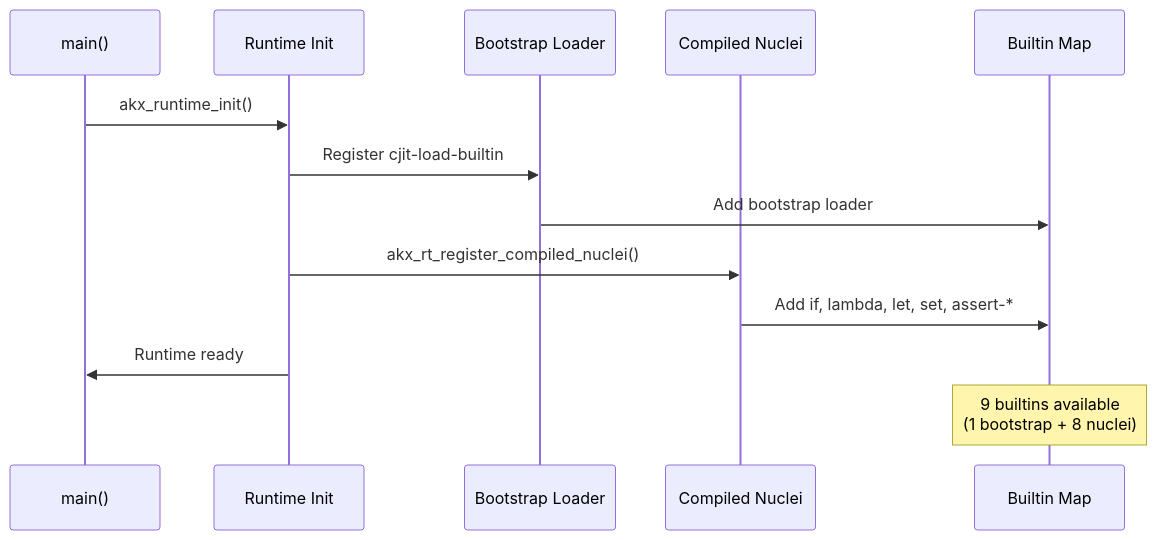
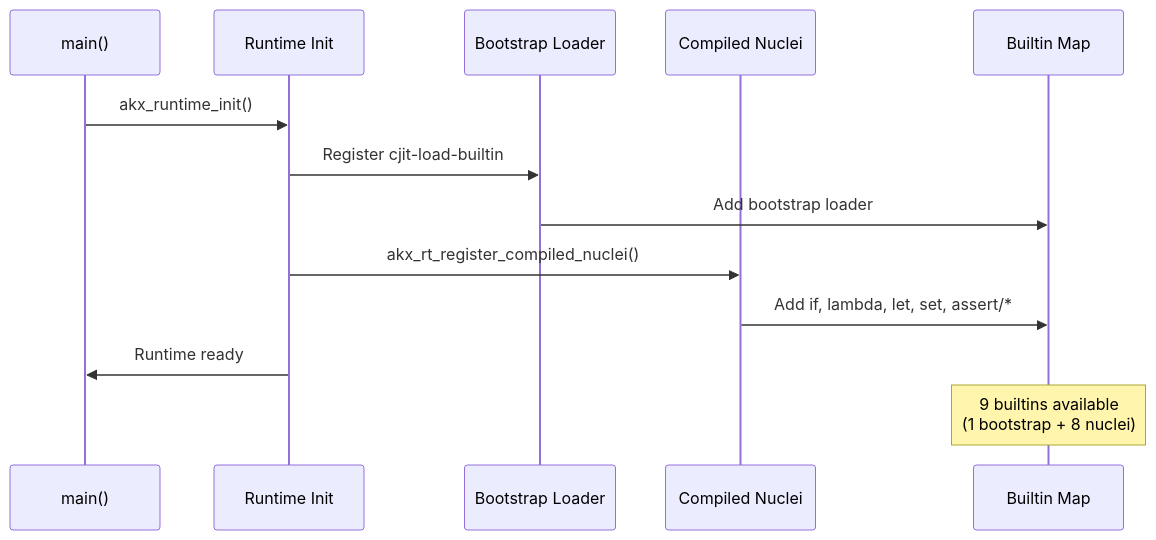
One commit to bosley/akx changed the eighth of 14 diagrams in ARCHITECTURE.md. Above: the diagram before and after it, drawn with Mermaid. The commit also changed other lines of this file and 30 other files, not shown here.

````diff
--- a/ARCHITECTURE.md
+++ b/ARCHITECTURE.md
@@ -267,17 +267,17 @@
 ```mermaid
 sequenceDiagram
     participant Main as main()
     participant RT as Runtime Init
     participant Bootstrap as Bootstrap Loader
     participant Nuclei as Compiled Nuclei
     participant Map as Builtin Map
     
     Main->>RT: akx_runtime_init()
     RT->>Bootstrap: Register cjit-load-builtin
     Bootstrap->>Map: Add bootstrap loader
     RT->>Nuclei: akx_rt_register_compiled_nuclei()
-    Nuclei->>Map: Add if, lambda, let, set, assert-*
+    Nuclei->>Map: Add if, lambda, let, set, assert/*
     RT->>Main: Runtime ready
     
     Note over Map: 9 builtins available<br/>(1 bootstrap + 8 nuclei)
 ```
````
